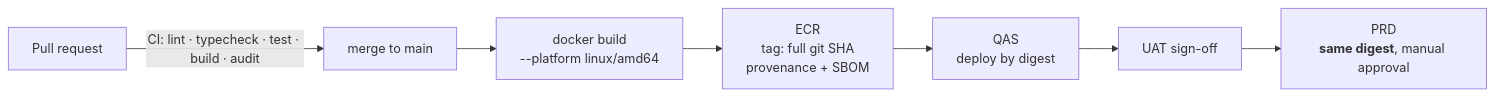
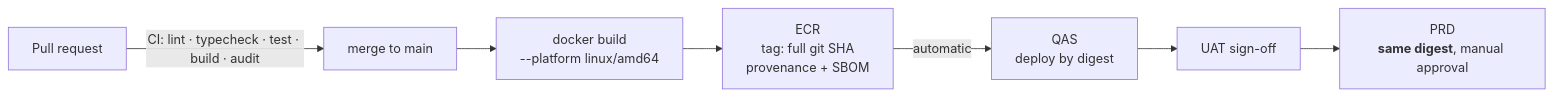
Before and after one commit to EBIM-IA/cdr-pim-platform: the diagram in docs/architecture/DEPLOYMENT_STRATEGY.md, drawn with Mermaid. The commit also changed other lines of this file and 2 other files, not shown here.

First line of the commit message:
ci: deploy every main commit to QAS automatically

````diff
--- a/docs/architecture/DEPLOYMENT_STRATEGY.md
+++ b/docs/architecture/DEPLOYMENT_STRATEGY.md
@@ -27,9 +27,9 @@
 ```mermaid
 graph LR
     pr[Pull request] -->|CI: lint · typecheck · test · build · audit| main[merge to main]
     main --> build["docker build<br/>--platform linux/amd64"]
     build --> ecr["ECR<br/>tag: full git SHA<br/>provenance + SBOM"]
-    ecr --> qas["QAS<br/>deploy by digest"]
+    ecr -->|automatic| qas["QAS<br/>deploy by digest"]
     qas --> uat[UAT sign-off]
     uat --> prd["PRD<br/><b>same digest</b>, manual approval"]
 ```
````
